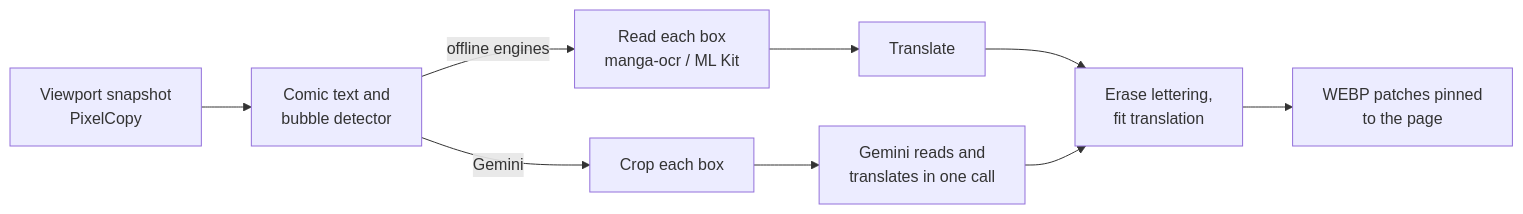
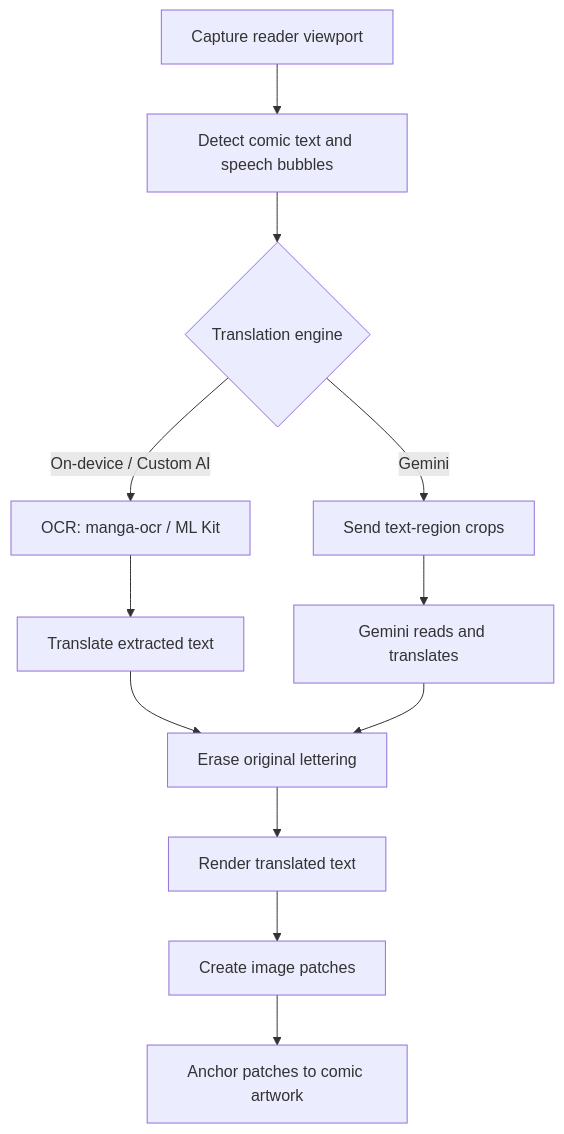
One commit to smnexstudio/Panelglass changed the diagram in README.md. Above: the diagram before and after it, drawn with Mermaid. The commit also changed other lines of this file and 39 other files, not shown here.

````diff
--- a/README.md
+++ b/README.md
@@ -236,11 +258,14 @@
 ```mermaid
-flowchart LR
-    A[Viewport snapshot<br/>PixelCopy] --> B[Comic text and<br/>bubble detector]
-    B -->|offline engines| C[Read each box<br/>manga-ocr / ML Kit]
-    B -->|Gemini| D[Crop each box]
-    C --> E[Translate]
-    D --> F[Gemini reads and<br/>translates in one call]
-    E --> G[Erase lettering,<br/>fit translation]
-    F --> G
-    G --> H[WEBP patches pinned<br/>to the page]
+flowchart TD
+    A["Capture reader viewport"] --> B["Detect comic text and speech bubbles"]
+    B --> C{"Translation engine"}
+    C -->|On-device / Custom AI| D["OCR: manga-ocr / ML Kit"]
+    C -->|Gemini| E["Send text-region crops"]
+    D --> F["Translate extracted text"]
+    E --> G["Gemini reads and translates"]
+    F --> H["Erase original lettering"]
+    G --> H
+    H --> I["Render translated text"]
+    I --> J["Create image patches"]
+    J --> K["Anchor patches to comic artwork"]
 ```
````
